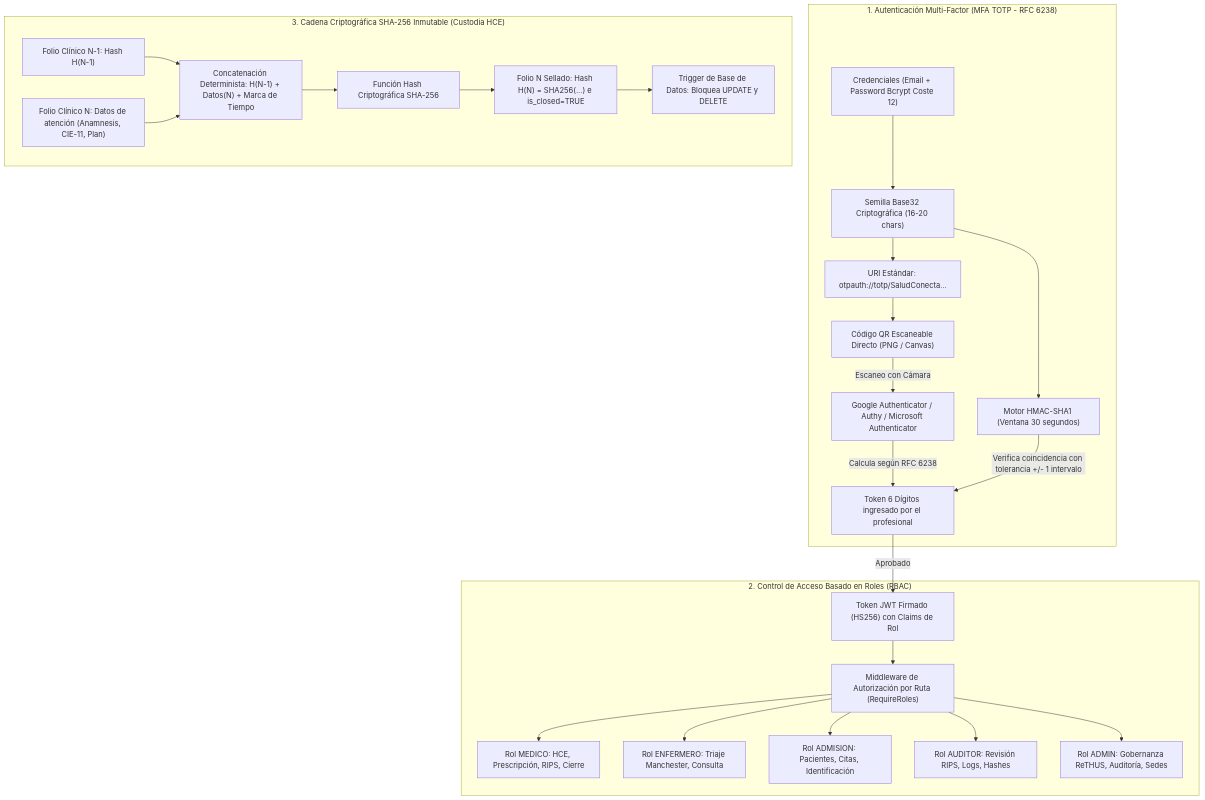
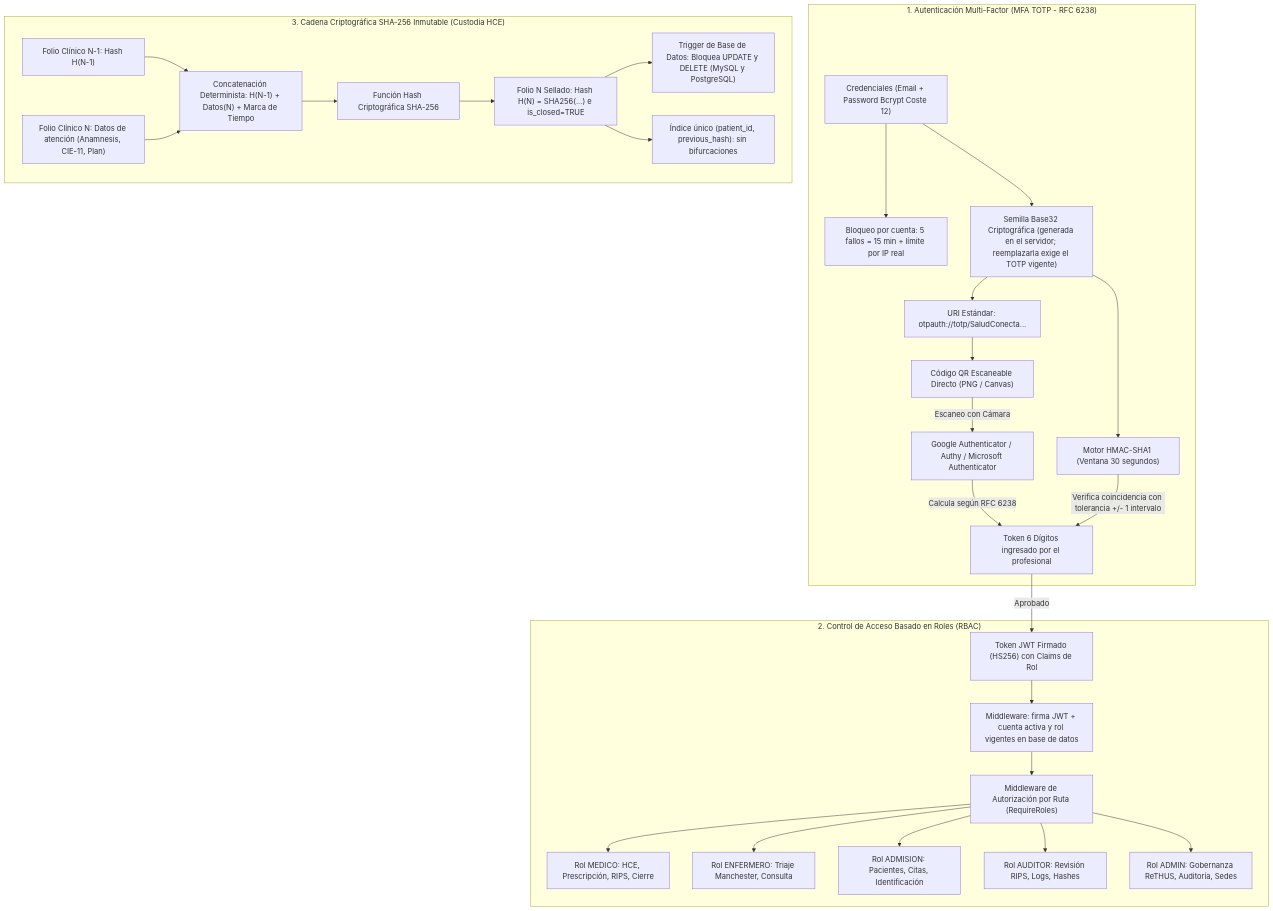
Before and after one commit to ThiagoVelez/Proyecto_felipe: the fourth of 8 diagrams in README.md, drawn with Mermaid. The commit also changed other lines of this file and 39 other files, not shown here.

First line of the commit message:
docs: actualizar readme, documentos tecnicos y diagramas tras la auditoria de seguridad

````diff
--- a/README.md
+++ b/README.md
@@ -494,49 +513,55 @@
 ```mermaid
 flowchart TD
     subgraph MFAFlow ["1. Autenticación Multi-Factor (MFA TOTP - RFC 6238)"]
         Credentials["Credenciales (Email + Password Bcrypt Coste 12)"]
-        Base32Seed["Semilla Base32 Criptográfica (16-20 chars)"]
+        Lockout["Bloqueo por cuenta: 5 fallos = 15 min + límite por IP real"]
+        Base32Seed["Semilla Base32 Criptográfica (generada en el servidor; reemplazarla exige el TOTP vigente)"]
         QRURI["URI Estándar: otpauth://totp/SaludConecta..."]
         QRImage["Código QR Escaneable Directo (PNG / Canvas)"]
         PhoneApp["Google Authenticator / Authy / Microsoft Authenticator"]
         HMACEngine["Motor HMAC-SHA1 (Ventana 30 segundos)"]
         UserOTP["Token 6 Dígitos ingresado por el profesional"]
 
+        Credentials --> Lockout
         Credentials --> Base32Seed
         Base32Seed --> QRURI
         QRURI --> QRImage
         QRImage -->|Escaneo con Cámara| PhoneApp
         PhoneApp -->|Calcula según RFC 6238| UserOTP
         Base32Seed --> HMACEngine
         HMACEngine -->|Verifica coincidencia con tolerancia +/- 1 intervalo| UserOTP
     end
 
     subgraph RBACEngine ["2. Control de Acceso Basado en Roles (RBAC)"]
         JWTToken["Token JWT Firmado (HS256) con Claims de Rol"]
+        SessionCheck["Middleware: firma JWT + cuenta activa y rol vigentes en base de datos"]
         RoleGuard["Middleware de Autorización por Ruta (RequireRoles)"]
         RoleMedico["Rol MEDICO: HCE, Prescripción, RIPS, Cierre"]
         RoleEnfermero["Rol ENFERMERO: Triaje Manchester, Consulta"]
         RoleAdmision["Rol ADMISION: Pacientes, Citas, Identificación"]
         RoleAuditor["Rol AUDITOR: Revisión RIPS, Logs, Hashes"]
         RoleAdmin["Rol ADMIN: Gobernanza ReTHUS, Auditoría, Sedes"]
 
         UserOTP -->|Aprobado| JWTToken
-        JWTToken --> RoleGuard
+        JWTToken --> SessionCheck
+        SessionCheck --> RoleGuard
         RoleGuard --> RoleMedico & RoleEnfermero & RoleAdmision & RoleAuditor & RoleAdmin
     end
 
     subgraph HashChaining ["3. Cadena Criptográfica SHA-256 Inmutable (Custodia HCE)"]
         FolioPrevio["Folio Clínico N-1: Hash H(N-1)"]
         FolioActual["Folio Clínico N: Datos de atención (Anamnesis, CIE-11, Plan)"]
         HashConcat["Concatenación Determinista: H(N-1) + Datos(N) + Marca de Tiempo"]
         EngineSHA256["Función Hash Criptográfica SHA-256"]
         FolioFirmado["Folio N Sellado: Hash H(N) = SHA256(...) e is_closed=TRUE"]
-        SQLTrigger["Trigger de Base de Datos: Bloquea UPDATE y DELETE"]
+        SQLTrigger["Trigger de Base de Datos: Bloquea UPDATE y DELETE (MySQL y PostgreSQL)"]
+        UniqueLink["Índice único (patient_id, previous_hash): sin bifurcaciones"]
 
         FolioPrevio --> HashConcat
         FolioActual --> HashConcat
         HashConcat --> EngineSHA256
         EngineSHA256 --> FolioFirmado
         FolioFirmado --> SQLTrigger
+        FolioFirmado --> UniqueLink
     end
 ```
````
